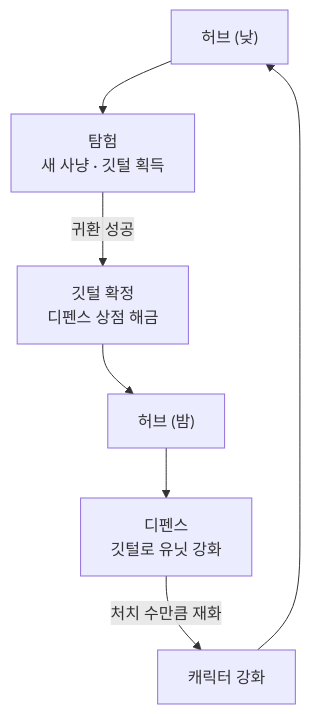
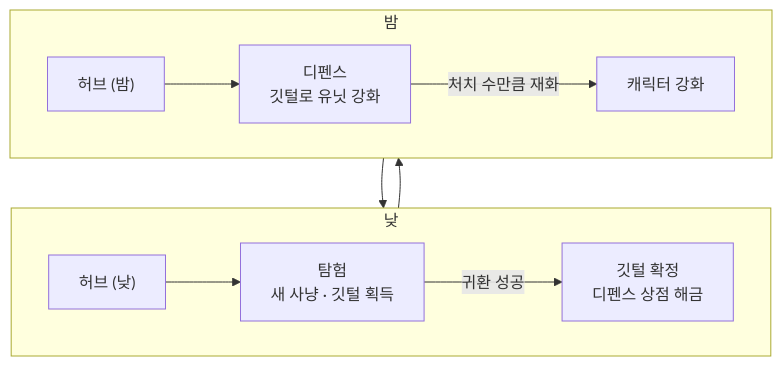
Before and after one commit to SaGiKun4/portfolio-SaGiKun4: the first of 7 diagrams in src/01-TreeHouse/프로젝트문서.md, drawn with Mermaid. The commit also changed other lines of this file and 2 other files, not shown here.

Commit message:
TreeHouse 슬라이드 정리: 2.1 다이어그램 두 줄 · 4.1+4.2 합치기 · 5.1 분량 맞추기
- 2.1 낮·밤 흐름을 낮/밤 두 줄 다이어그램으로, 슬라이드는 그림 위 · 설명 아래
- 문서 4.2를 4.1 안으로 합치고 4.3을 4.2로(참조 (4.3) → (4.2)), 슬라이드도 한 장으로
- 5.1 첫 장면에 클래스 다이어그램(슬라이드에서만 가로)과 판단·구조 카드

````diff
--- a/src/01-TreeHouse/프로젝트문서.md
+++ b/src/01-TreeHouse/프로젝트문서.md
@@ -31,10 +33,15 @@
 ```mermaid
 flowchart TD
-    A["허브 (낮)"] --> B["탐험<br/>새 사냥 · 깃털 획득"]
-    B -->|"귀환 성공"| C["깃털 확정<br/>디펜스 상점 해금"]
-    C --> D["허브 (밤)"]
-    D --> E["디펜스<br/>깃털로 유닛 강화"]
-    E -->|"처치 수만큼 재화"| F["캐릭터 강화"]
-    F --> A
-    A ~~~ D
+    subgraph DAY["낮"]
+        direction LR
+        A["허브 (낮)"] --> B["탐험<br/>새 사냥 · 깃털 획득"]
+        B -->|"귀환 성공"| C["깃털 확정<br/>디펜스 상점 해금"]
+    end
+    subgraph NIGHT["밤"]
+        direction LR
+        D["허브 (밤)"] --> E["디펜스<br/>깃털로 유닛 강화"]
+        E -->|"처치 수만큼 재화"| F["캐릭터 강화"]
+    end
+    DAY --> NIGHT
+    NIGHT --> DAY
 ```
````
